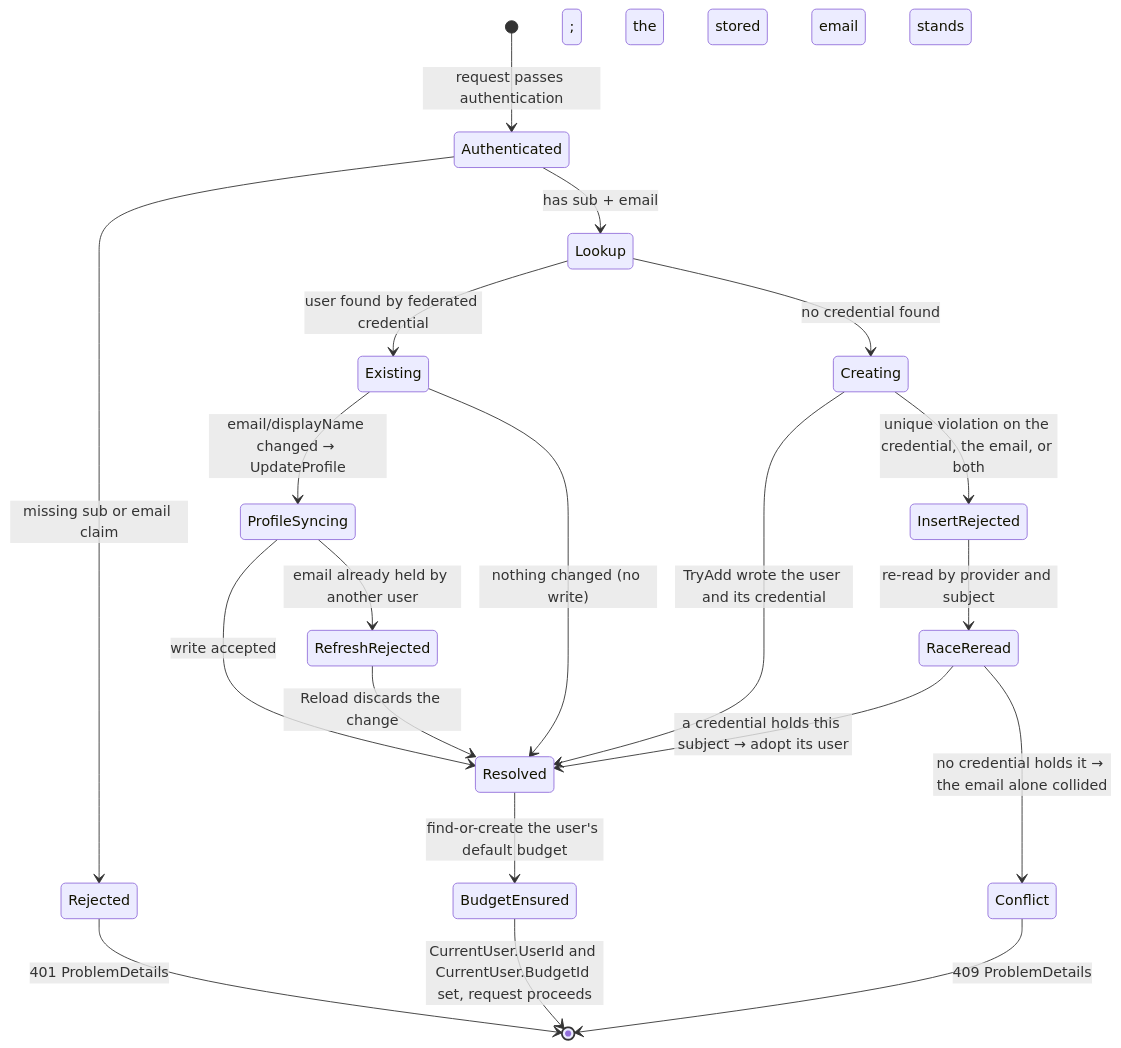
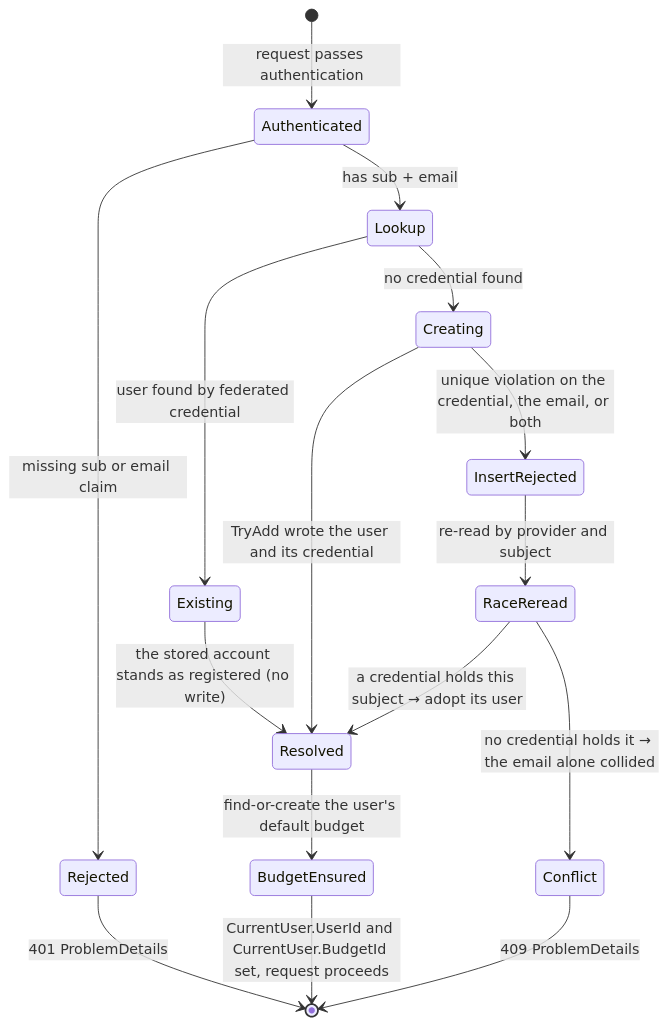
The second of 2 diagrams in docs/business-logic/users-and-ownership.md (anton-kochev/budgetoid), drawn with Mermaid before and after one commit. The commit also changed other lines of this file and 9 other files, not shown here.

First line of the commit message:
fix(api): signing in rewrites the account's email without anyone asking

````diff
--- a/docs/business-logic/users-and-ownership.md
+++ b/docs/business-logic/users-and-ownership.md
@@ -236,22 +251,18 @@
 ```mermaid
 stateDiagram-v2
     [*] --> Authenticated : request passes authentication
     Authenticated --> Rejected : missing sub or email claim
     Authenticated --> Lookup : has sub + email
     Lookup --> Existing : user found by federated credential
     Lookup --> Creating : no credential found
-    Existing --> ProfileSyncing : email/displayName changed → UpdateProfile
-    Existing --> Resolved : nothing changed (no write)
-    ProfileSyncing --> Resolved : write accepted
-    ProfileSyncing --> RefreshRejected : email already held by another user
-    RefreshRejected --> Resolved : Reload discards the change; the stored email stands
+    Existing --> Resolved : the stored account stands as registered (no write)
     Creating --> Resolved : TryAdd wrote the user and its credential
     Creating --> InsertRejected : unique violation on the credential, the email, or both
     InsertRejected --> RaceReread : re-read by provider and subject
     RaceReread --> Resolved : a credential holds this subject → adopt its user
     RaceReread --> Conflict : no credential holds it → the email alone collided
     Resolved --> BudgetEnsured : find-or-create the user's default budget
     BudgetEnsured --> [*] : CurrentUser.UserId and CurrentUser.BudgetId set, request proceeds
     Rejected --> [*] : 401 ProblemDetails
     Conflict --> [*] : 409 ProblemDetails
 ```
````
